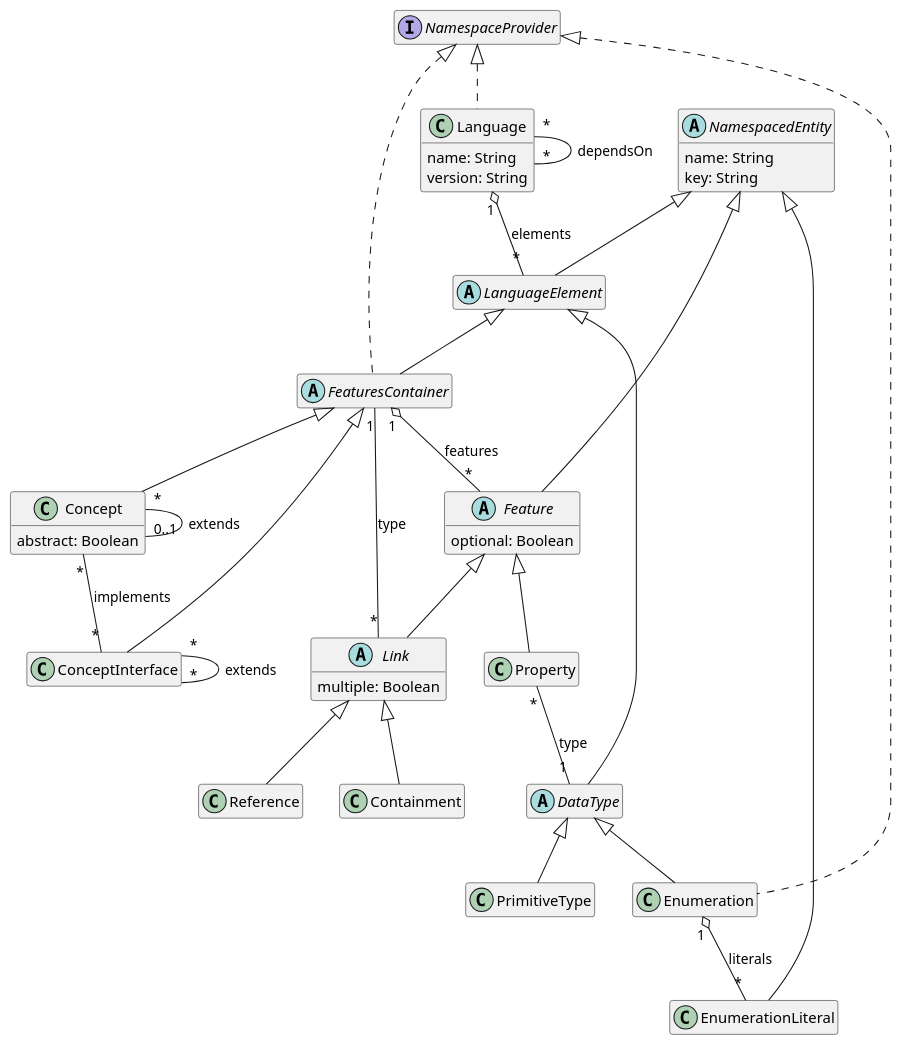
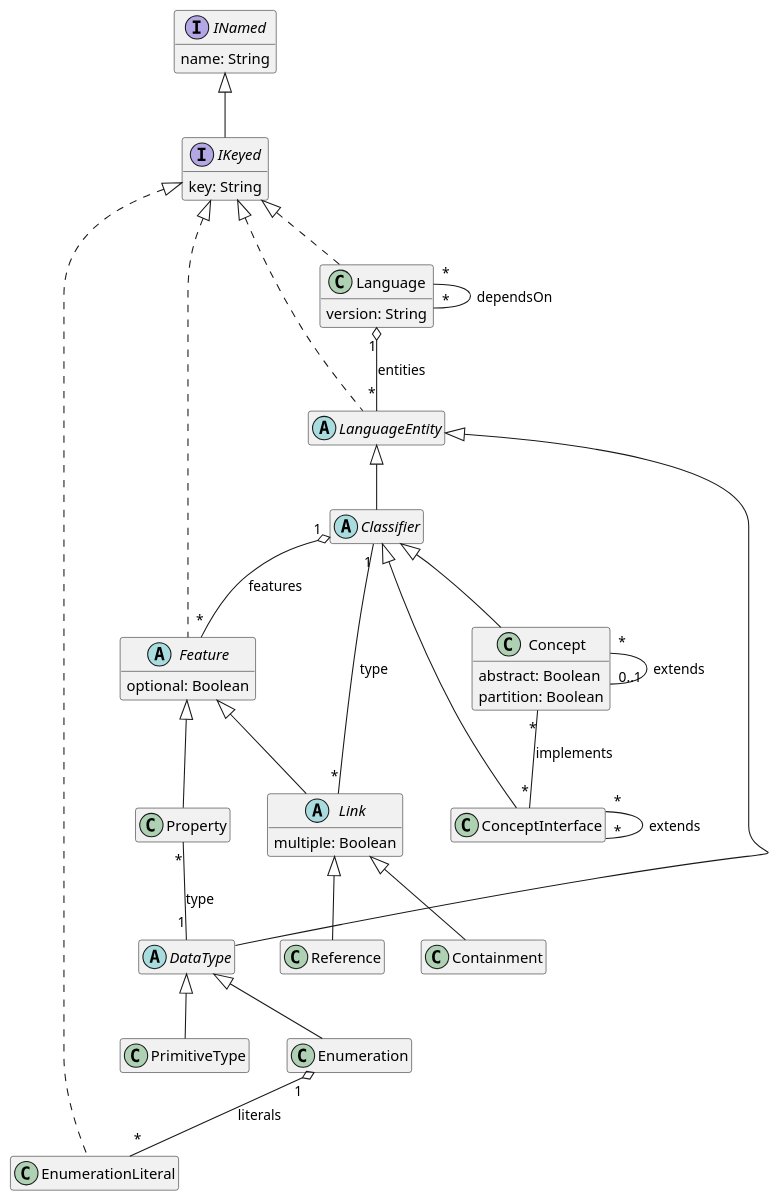
One commit to LionWeb-io/lionweb-typescript changed the diagram in diagrams/metametamodel-gen.puml. Above: the diagram before and after it, drawn with PlantUML. The commit also changed 38 other files, not shown here.

```diff
--- a/diagrams/metametamodel-gen.puml
+++ b/diagrams/metametamodel-gen.puml
@@ -1,73 +1,75 @@
 @startuml
 hide empty members
 
 ' qualified name: "LIonCore.M3"
 
 
-class Concept extends FeaturesContainer {
+abstract class Classifier extends LanguageEntity
+
+class Concept extends Classifier {
   abstract: Boolean
+  partition: Boolean
 }
 
-class ConceptInterface extends FeaturesContainer
+class ConceptInterface extends Classifier
 
 class Containment extends Link
 
-abstract class DataType extends LanguageElement
+abstract class DataType extends LanguageEntity
 
-class Enumeration extends DataType implements NamespaceProvider
+class Enumeration extends DataType
 
-class EnumerationLiteral extends NamespacedEntity
+class EnumerationLiteral implements IKeyed
 
-abstract class Feature extends NamespacedEntity {
+abstract class Feature implements IKeyed {
   optional: Boolean
 }
 
-abstract class FeaturesContainer extends LanguageElement implements NamespaceProvider
+interface IKeyed extends INamed {
+  key: String
+}
 
-class Language implements NamespaceProvider {
+interface INamed {
   name: String
+}
+
+class Language implements IKeyed {
   version: String
 }
 
-abstract class LanguageElement extends NamespacedEntity
+abstract class LanguageEntity implements IKeyed
 
 abstract class Link extends Feature {
   multiple: Boolean
-}
-
-interface NamespaceProvider
-abstract class NamespacedEntity {
-  name: String
-  key: String
 }
 
 class PrimitiveType extends DataType
 
 class Property extends Feature
 
 class Reference extends Link
 
 
 
 ' relations:
 
+Classifier "1" o-- "*" Feature: features
 Concept "*" -- "0..1" Concept: extends
 Concept "*" -- "*" ConceptInterface: implements
 ConceptInterface "*" -- "*" ConceptInterface: extends
 
 
 Enumeration "1" o-- "*" EnumerationLiteral: literals
 
 
-FeaturesContainer "1" o-- "*" Feature: features
-Language "1" o-- "*" LanguageElement: elements
+
+
+Language "1" o-- "*" LanguageEntity: entities
 Language "*" -- "*" Language: dependsOn
 
-Link "*" -- "1" FeaturesContainer: type
-
-
+Link "*" -- "1" Classifier: type
 
 Property "*" -- "1" DataType: type
 
 
 @enduml
```
